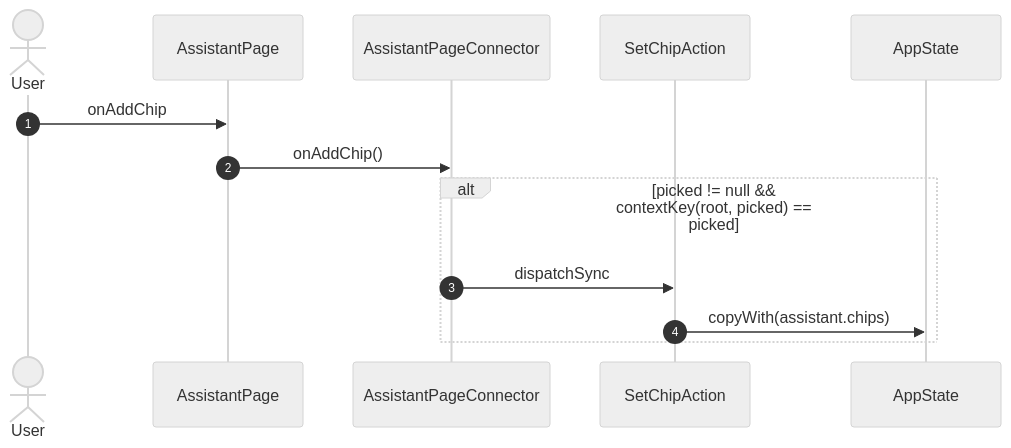
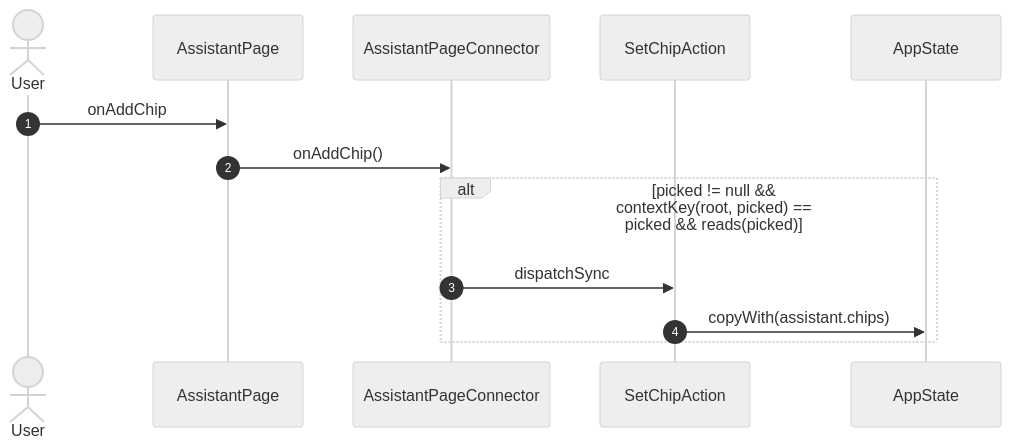
Before and after one commit to gencto/wyrm: diagram 17 of 28 in studio/docs/flows/assistant.md, drawn with Mermaid (neutral theme). The commit also changed other lines of this file and 20 other files, not shown here.

````diff
--- a/studio/docs/flows/assistant.md
+++ b/studio/docs/flows/assistant.md
@@ -283,16 +317,16 @@
 ```mermaid
 sequenceDiagram
     autonumber
     actor User
     participant UI as AssistantPage
     participant VM as AssistantPageConnector
     participant A1 as SetChipAction
     participant ST as AppState
 
     User->>UI: onAddChip
     UI->>VM: onAddChip()
-    alt picked != null && contextKey(root, picked) == picked
+    alt picked != null && contextKey(root, picked) == picked && reads(picked)
         VM->>A1: dispatchSync
         A1->>ST: copyWith(assistant.chips)
     end
 ```
````
